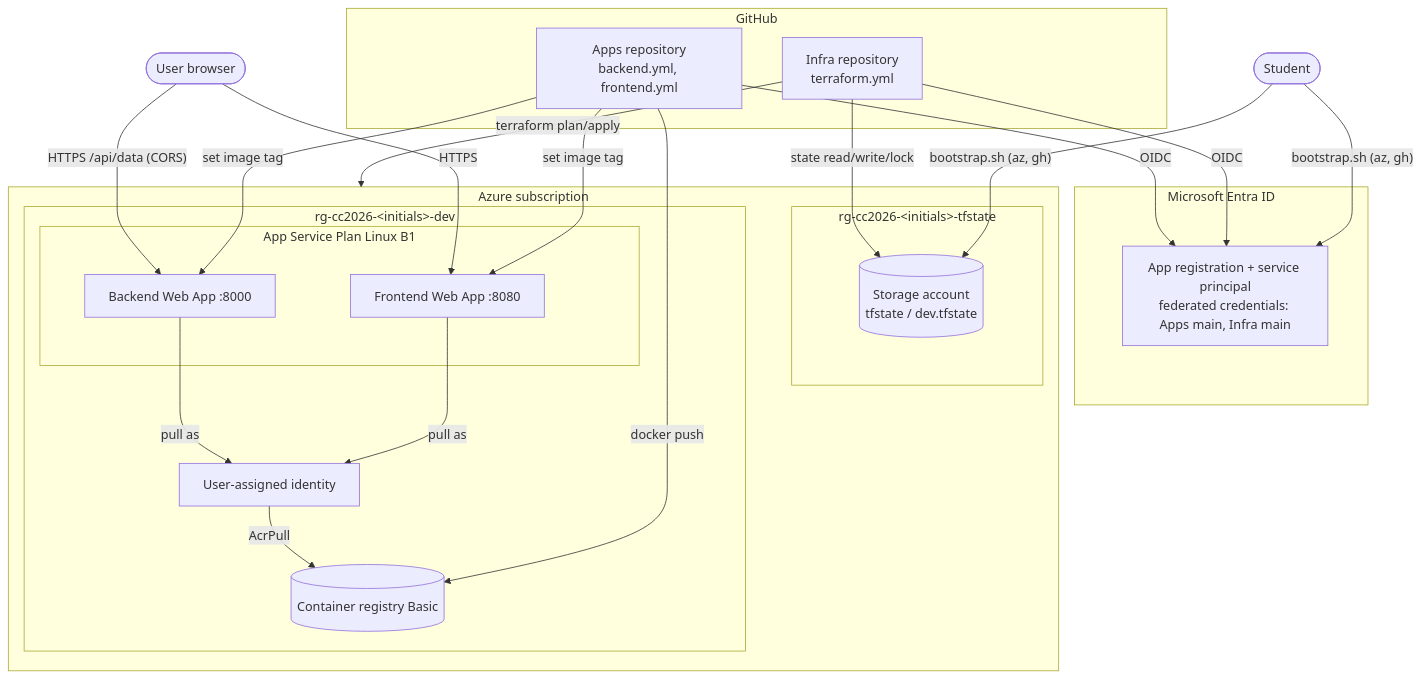
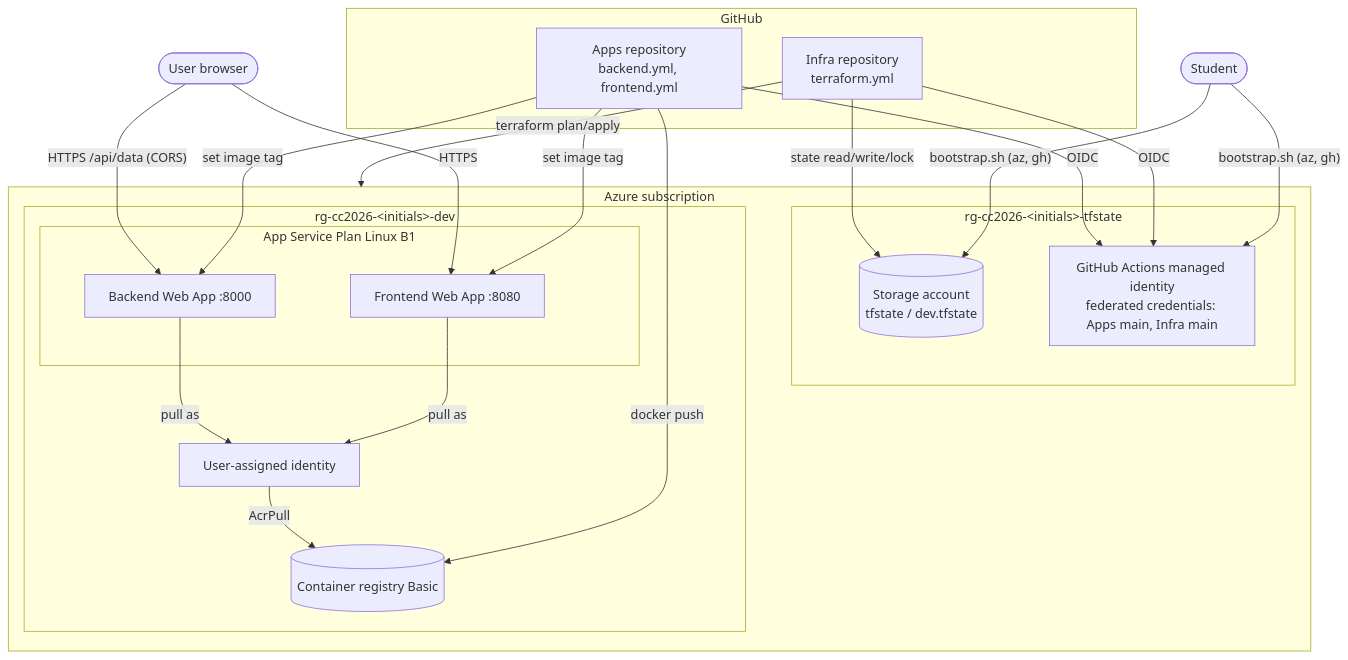
Before and after one commit to agi1clj/CC2026_DS_Infra: the first of 3 diagrams in docs/architecture.md, drawn with Mermaid. The commit also changed other lines of this file and 5 other files, not shown here.

First line of the commit message:
feat(bootstrap): use a user-assigned managed identity for GitHub Actions

````diff
--- a/docs/architecture.md
+++ b/docs/architecture.md
@@ -7,40 +7,37 @@
 ```mermaid
 flowchart TB
     student([Student])
     browser([User browser])
 
     subgraph github["GitHub"]
         apps[Apps repository<br/>backend.yml, frontend.yml]
         infra[Infra repository<br/>terraform.yml]
     end
 
-    subgraph entra["Microsoft Entra ID"]
-        app[App registration + service principal<br/>federated credentials: Apps main, Infra main]
-    end
-
     subgraph sub["Azure subscription"]
         subgraph staterg["rg-cc2026-&lt;initials&gt;-tfstate"]
             sa[(Storage account<br/>tfstate / dev.tfstate)]
+            app[GitHub Actions managed identity<br/>federated credentials: Apps main, Infra main]
         end
         subgraph apprg["rg-cc2026-&lt;initials&gt;-dev"]
             acr[(Container registry Basic)]
             uami[User-assigned identity]
             subgraph plan["App Service Plan Linux B1"]
                 fe[Frontend Web App :8080]
                 be[Backend Web App :8000]
             end
         end
     end
 
     student -- "bootstrap.sh (az, gh)" --> sa & app
     infra -- "OIDC" --> app
     apps -- "OIDC" --> app
     infra -- "terraform plan/apply" --> apprg
     infra -- "state read/write/lock" --> sa
     apps -- "docker push" --> acr
     apps -- "set image tag" --> fe & be
     uami -- "AcrPull" --> acr
     fe & be -- "pull as" --> uami
     browser -- HTTPS --> fe
     browser -- "HTTPS /api/data (CORS)" --> be
 ```
````
